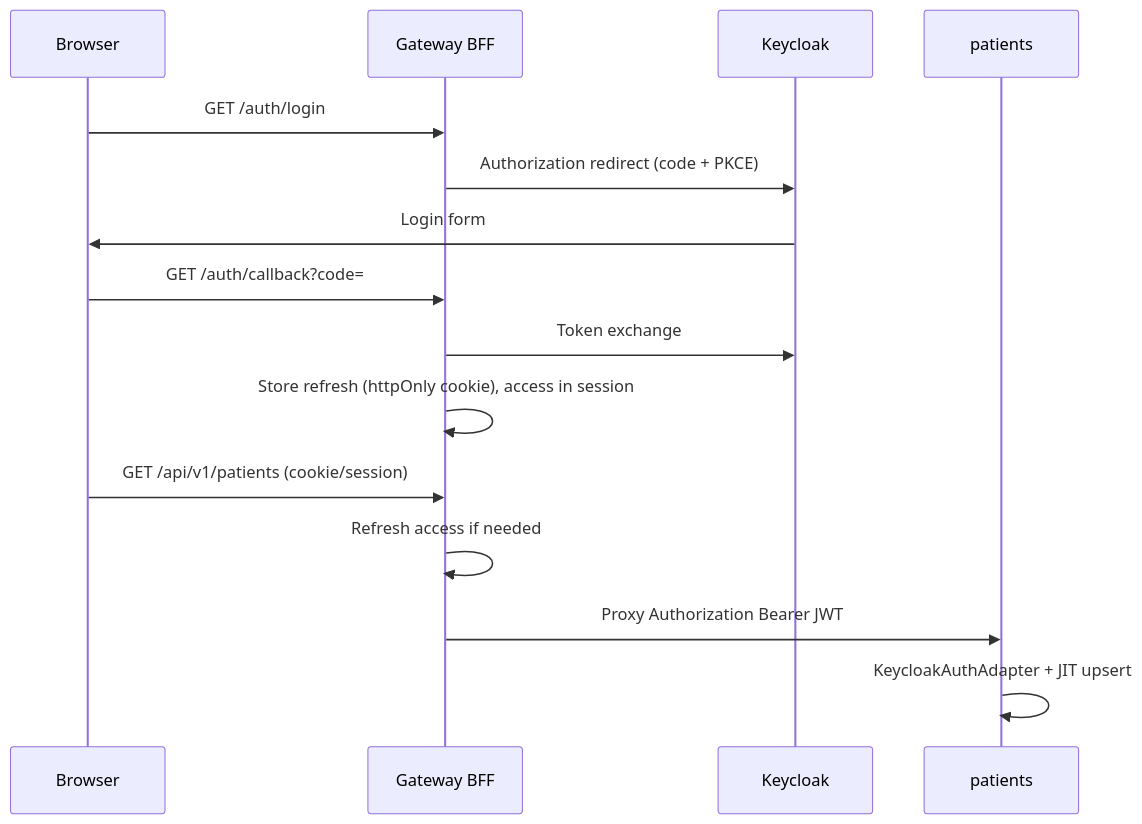
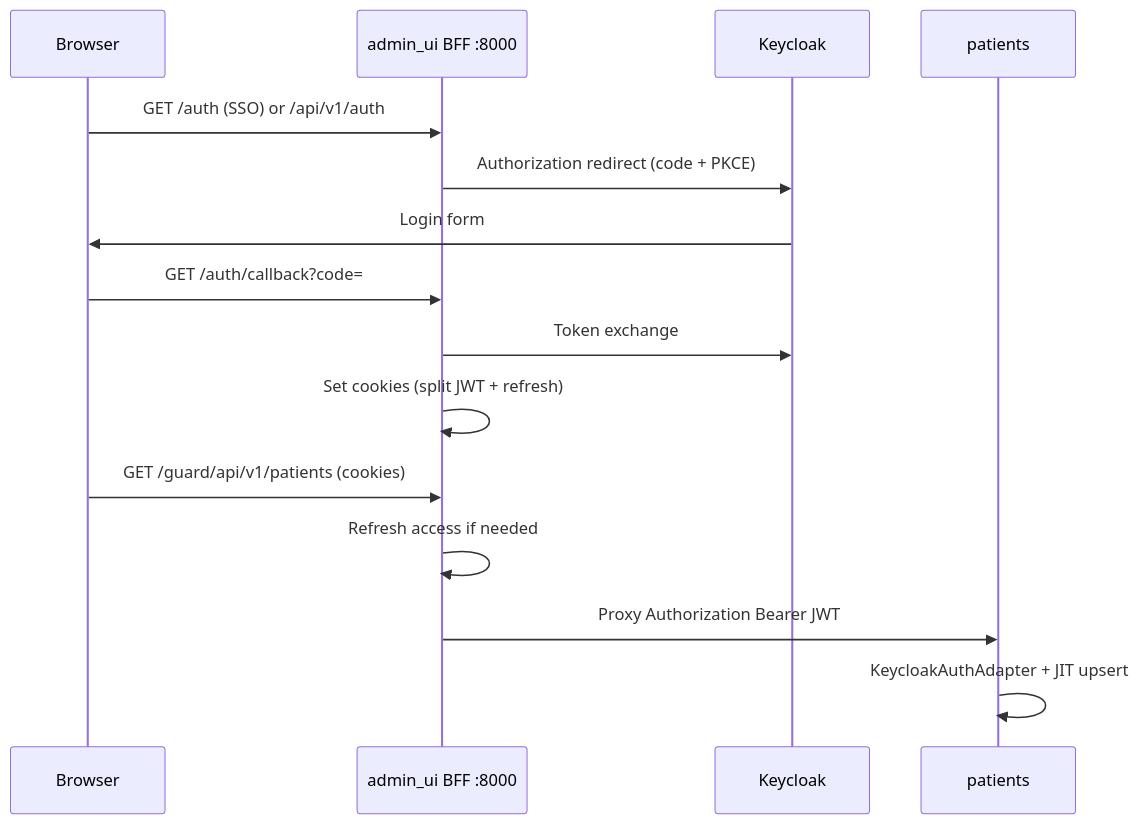
The diagram in docs/jira/sprint-01-pioneer.md (neurojihad/neuroatlas-ai), drawn with Mermaid before and after one commit. The commit also changed other lines of this file and 2 other files, not shown here.

Commit message:
NLS-60: add admin_ui plan

````diff
--- a/docs/jira/sprint-01-pioneer.md
+++ b/docs/jira/sprint-01-pioneer.md
@@ -10,18 +10,18 @@
 ```mermaid
 sequenceDiagram
     participant Browser
-    participant GW as Gateway BFF
+    participant UI as admin_ui BFF :8000
     participant KC as Keycloak
     participant PAT as patients
 
-    Browser->>GW: GET /auth/login
-    GW->>KC: Authorization redirect (code + PKCE)
+    Browser->>UI: GET /auth (SSO) or /api/v1/auth
+    UI->>KC: Authorization redirect (code + PKCE)
     KC->>Browser: Login form
-    Browser->>GW: GET /auth/callback?code=
-    GW->>KC: Token exchange
-    GW->>GW: Store refresh (httpOnly cookie), access in session
-    Browser->>GW: GET /api/v1/patients (cookie/session)
-    GW->>GW: Refresh access if needed
-    GW->>PAT: Proxy Authorization Bearer JWT
+    Browser->>UI: GET /auth/callback?code=
+    UI->>KC: Token exchange
+    UI->>UI: Set cookies (split JWT + refresh)
+    Browser->>UI: GET /guard/api/v1/patients (cookies)
+    UI->>UI: Refresh access if needed
+    UI->>PAT: Proxy Authorization Bearer JWT
     PAT->>PAT: KeycloakAuthAdapter + JIT upsert
 ```
````
